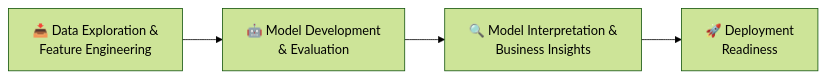
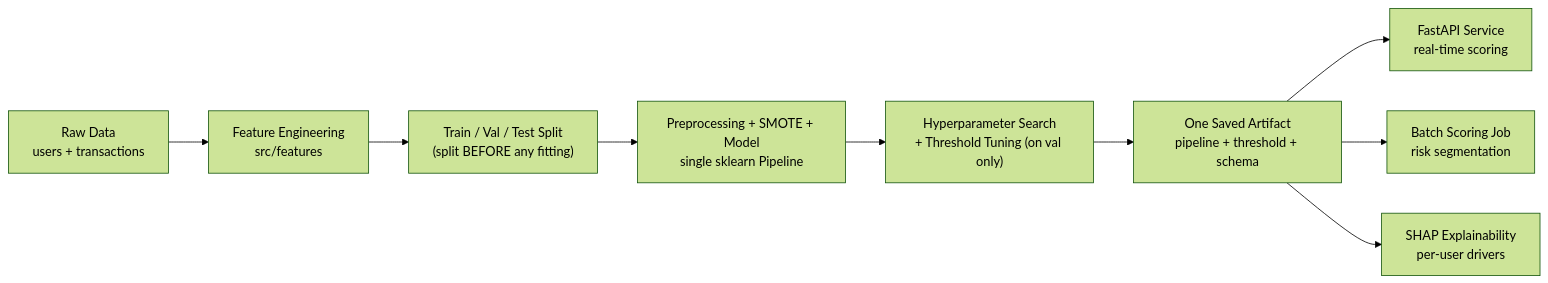
Before and after one commit to NEC0S/User_Churn_Analysis_FamApp: the diagram in README.md, drawn with Mermaid (forest theme). The commit also changed other lines of this file, not shown here.

````diff
--- a/README.md
+++ b/README.md
@@ -127,6 +39,11 @@
 ```mermaid
 flowchart LR
-    A["📥 Data Exploration &<br/>Feature Engineering"] --> B["🤖 Model Development<br/>& Evaluation"]
-    B --> C["🔍 Model Interpretation &<br/>Business Insights"]
-    C --> D["🚀 Deployment<br/>Readiness"]
+    A["Raw Data<br/>users + transactions"] --> B["Feature Engineering<br/>src/features"]
+    B --> C["Train / Val / Test Split<br/>(split BEFORE any fitting)"]
+    C --> D["Preprocessing + SMOTE + Model<br/>single sklearn Pipeline"]
+    D --> E["Hyperparameter Search<br/>+ Threshold Tuning (on val only)"]
+    E --> F["One Saved Artifact<br/>pipeline + threshold + schema"]
+    F --> G["FastAPI Service<br/>real-time scoring"]
+    F --> H["Batch Scoring Job<br/>risk segmentation"]
+    F --> I["SHAP Explainability<br/>per-user drivers"]
 ```
````
